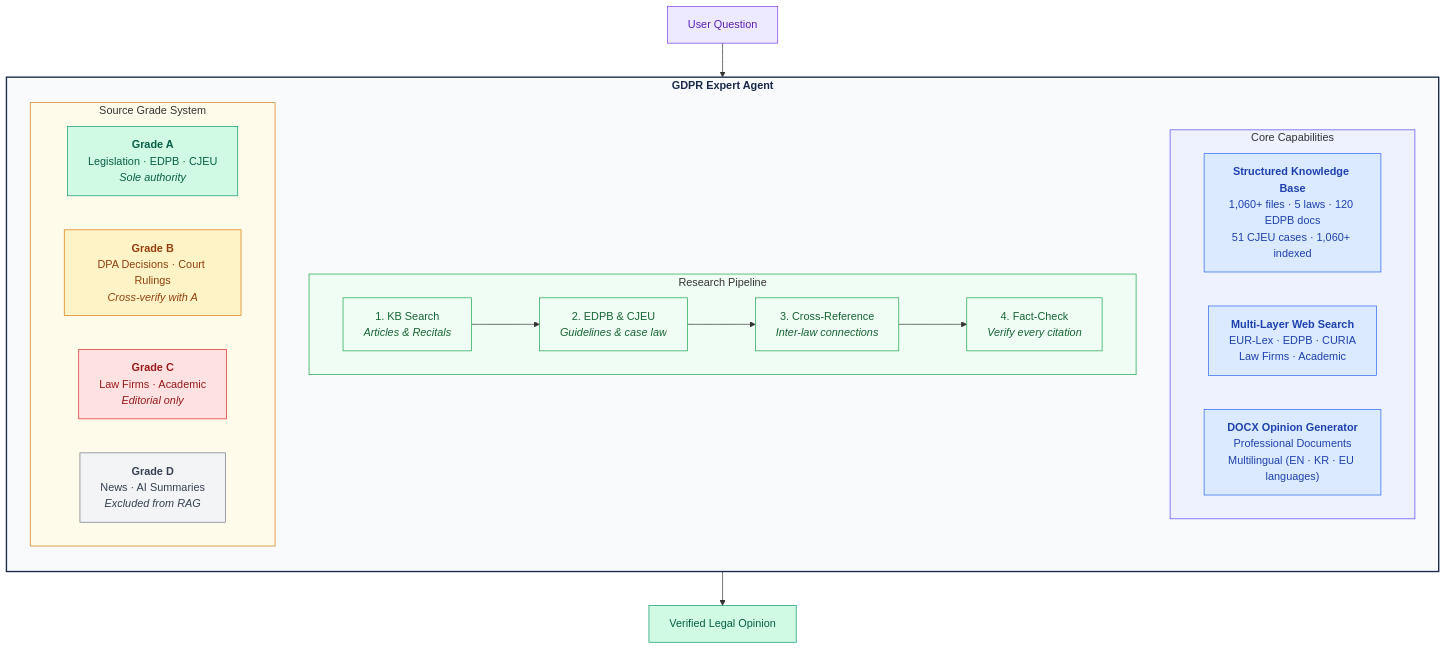
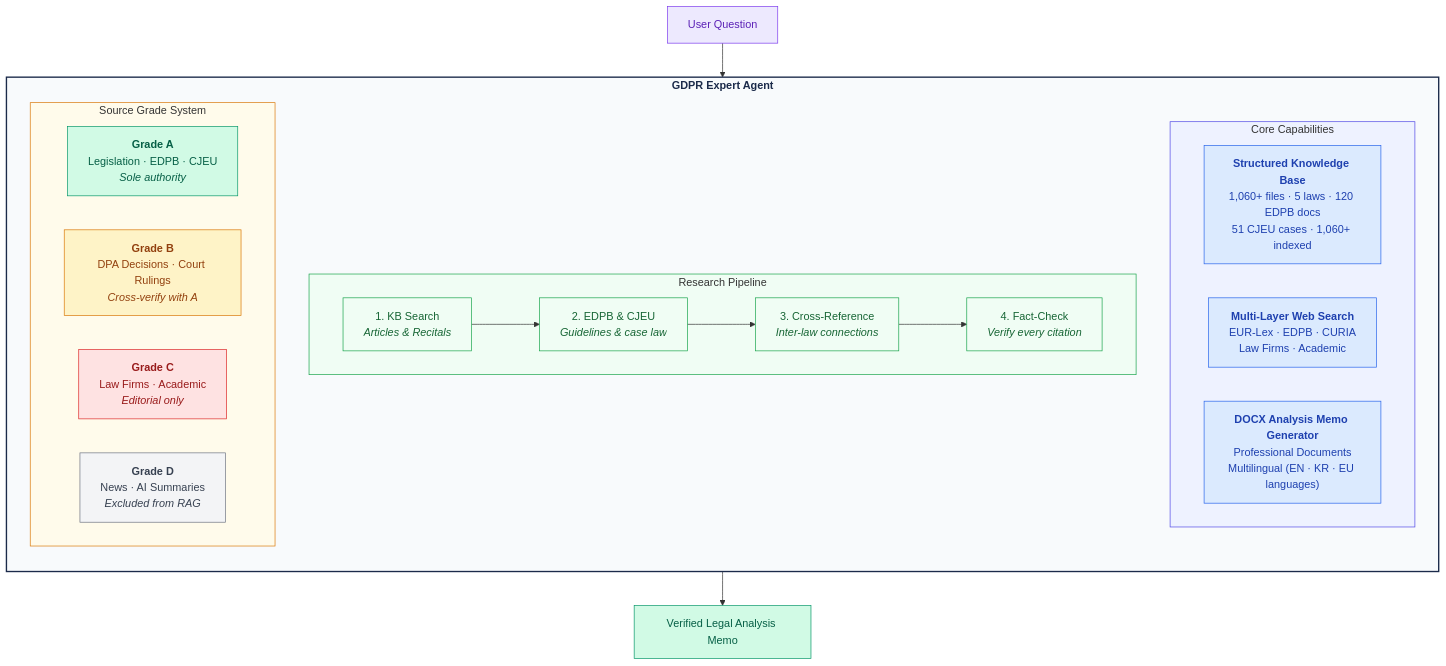
Before and after one commit to lowtidebuild/GDPR-expert: the first of 3 diagrams in README.md, drawn with Mermaid. The commit also changed other lines of this file and 11 other files, not shown here.

````diff
--- a/README.md
+++ b/README.md
@@ -62,51 +62,51 @@
 ```mermaid
 graph TB
     subgraph agent["<b>GDPR Expert Agent</b>"]
         direction TB
 
         subgraph core["Core Capabilities"]
             direction LR
             KB["<b>Structured Knowledge Base</b><br/>1,060+ files · 5 laws · 120 EDPB docs<br/>51 CJEU cases · 1,060+ indexed"]
             WS["<b>Multi-Layer Web Search</b><br/>EUR-Lex · EDPB · CURIA<br/>Law Firms · Academic"]
-            DX["<b>DOCX Opinion Generator</b><br/>Professional Documents<br/>Multilingual (EN · KR · EU languages)"]
+            DX["<b>DOCX Analysis Memo Generator</b><br/>Professional Documents<br/>Multilingual (EN · KR · EU languages)"]
         end
 
         subgraph pipeline["Research Pipeline"]
             direction LR
             S1["1. KB Search<br/><i>Articles & Recitals</i>"]
             S2["2. EDPB & CJEU<br/><i>Guidelines & case law</i>"]
             S3["3. Cross-Reference<br/><i>Inter-law connections</i>"]
             S4["4. Fact-Check<br/><i>Verify every citation</i>"]
             S1 --> S2 --> S3 --> S4
         end
 
         subgraph grades["Source Grade System"]
             direction LR
             GA["<b>Grade A</b><br/>Legislation · EDPB · CJEU<br/><i>Sole authority</i>"]
             GB["<b>Grade B</b><br/>DPA Decisions · Court Rulings<br/><i>Cross-verify with A</i>"]
             GC["<b>Grade C</b><br/>Law Firms · Academic<br/><i>Editorial only</i>"]
             GD["<b>Grade D</b><br/>News · AI Summaries<br/><i>Excluded from RAG</i>"]
         end
     end
 
     Q["User Question"] --> S1
-    S4 --> O["Verified Legal Opinion"]
+    S4 --> O["Verified Legal Analysis Memo"]
 
     style agent fill:#f8fafc,stroke:#1B2A4A,stroke-width:2px,color:#1B2A4A
     style core fill:#eef2ff,stroke:#4f46e5,stroke-width:1px
     style pipeline fill:#f0fdf4,stroke:#16a34a,stroke-width:1px
     style grades fill:#fffbeb,stroke:#d97706,stroke-width:1px
     style KB fill:#dbeafe,stroke:#2563eb,color:#1e40af
     style WS fill:#dbeafe,stroke:#2563eb,color:#1e40af
     style DX fill:#dbeafe,stroke:#2563eb,color:#1e40af
     style GA fill:#d1fae5,stroke:#059669,color:#065f46
     style GB fill:#fef3c7,stroke:#d97706,color:#92400e
     style GC fill:#fee2e2,stroke:#dc2626,color:#991b1b
     style GD fill:#f3f4f6,stroke:#6b7280,color:#374151
     style Q fill:#ede9fe,stroke:#7c3aed,color:#5b21b6
     style O fill:#d1fae5,stroke:#059669,color:#065f46
     style S1 fill:#f0fdf4,stroke:#16a34a,color:#166534
     style S2 fill:#f0fdf4,stroke:#16a34a,color:#166534
     style S3 fill:#f0fdf4,stroke:#16a34a,color:#166534
     style S4 fill:#f0fdf4,stroke:#16a34a,color:#166534
 ```
````
